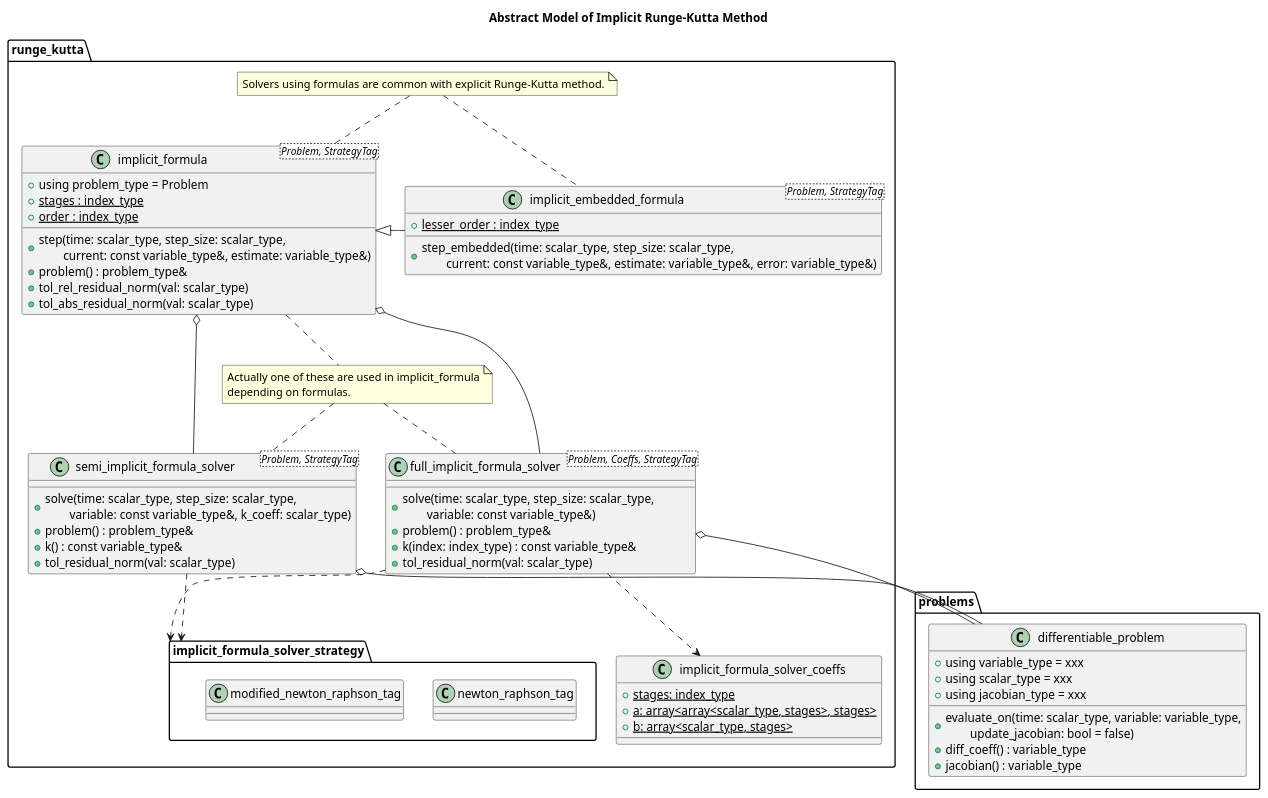
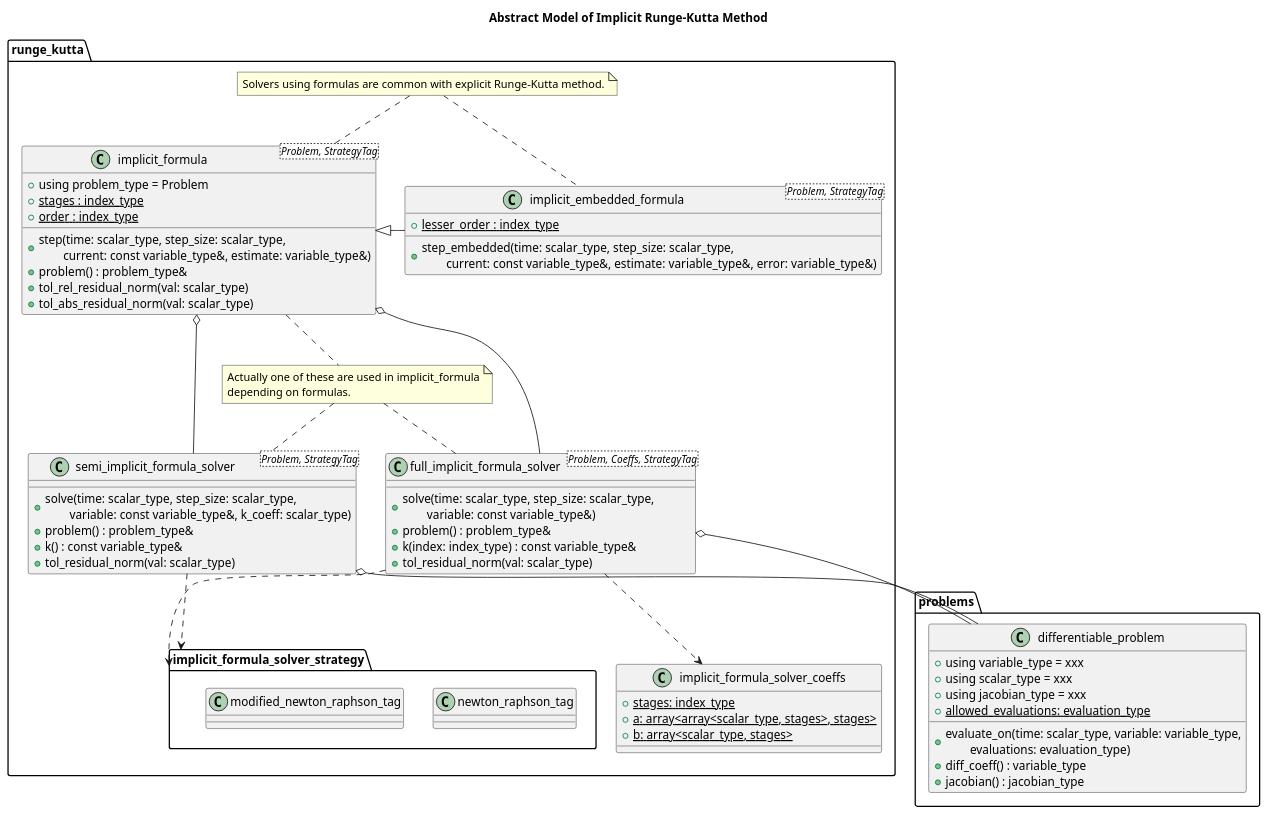
The second of 3 diagrams in doc/sphinx/src/basic_design/ode.rst (MusicScience37/numerical-collection-cpp), drawn with PlantUML before and after one commit. The commit also changed other lines of this file, not shown here.

```diff
--- a/doc/sphinx/src/basic_design/ode.rst
+++ b/doc/sphinx/src/basic_design/ode.rst
@@ -67,78 +77,79 @@
 .. uml::
 
     title Abstract Model of Implicit Runge-Kutta Method
 
     package problems {
         class differentiable_problem {
             + using variable_type = xxx
             + using scalar_type = xxx
             + using jacobian_type = xxx
-            + evaluate_on(time: scalar_type, variable: variable_type,\n\tupdate_jacobian: bool = false)
+            {static} + allowed_evaluations: evaluation_type
+            + evaluate_on(time: scalar_type, variable: variable_type,\n\tevaluations: evaluation_type)
             + diff_coeff() : variable_type
-            + jacobian() : variable_type
+            + jacobian() : jacobian_type
         }
     }
 
     package runge_kutta {
         package implicit_formula_solver_strategy {
             class newton_raphson_tag
             class modified_newton_raphson_tag
         }
 
         class semi_implicit_formula_solver<Problem, StrategyTag> {
             + solve(time: scalar_type, step_size: scalar_type,\n\tvariable: const variable_type&, k_coeff: scalar_type)
             + problem() : problem_type&
             + k() : const variable_type&
             + tol_residual_norm(val: scalar_type)
         }
         semi_implicit_formula_solver o-- differentiable_problem
         semi_implicit_formula_solver ..> implicit_formula_solver_strategy
 
         class implicit_formula_solver_coeffs {
             {static} + stages: index_type
             {static} + a: array<array<scalar_type, stages>, stages>
             {static} + b: array<scalar_type, stages>
         }
 
         class full_implicit_formula_solver<Problem, Coeffs, StrategyTag> {
             + solve(time: scalar_type, step_size: scalar_type,\n\tvariable: const variable_type&)
             + problem() : problem_type&
             + k(index: index_type) : const variable_type&
             + tol_residual_norm(val: scalar_type)
         }
         full_implicit_formula_solver o-- differentiable_problem
         full_implicit_formula_solver ..> implicit_formula_solver_coeffs
         full_implicit_formula_solver ..> implicit_formula_solver_strategy
 
         class implicit_formula<Problem, StrategyTag> {
             + using problem_type = Problem
             {static} + stages : index_type
             {static} + order : index_type
             + step(time: scalar_type, step_size: scalar_type,\n\tcurrent: const variable_type&, estimate: variable_type&)
             + problem() : problem_type&
             + tol_rel_residual_norm(val: scalar_type)
             + tol_abs_residual_norm(val: scalar_type)
         }
         implicit_formula o-- semi_implicit_formula_solver
         implicit_formula o-- full_implicit_formula_solver
 
         class implicit_embedded_formula<Problem, StrategyTag> {
             {static} + lesser_order : index_type
             + step_embedded(time: scalar_type, step_size: scalar_type,\n\tcurrent: const variable_type&, estimate: variable_type&, error: variable_type&)
         }
         implicit_formula <|- implicit_embedded_formula
 
         note as implicit_solver_note
             Solvers using formulas are common with explicit Runge-Kutta method.
         end note
         implicit_solver_note .. implicit_formula
         implicit_solver_note .. implicit_embedded_formula
 
         note as implicit_formula_solver_selection_note
             Actually one of these are used in implicit_formula
             depending on formulas.
         end note
         implicit_formula_solver_selection_note .. semi_implicit_formula_solver
         implicit_formula_solver_selection_note .. full_implicit_formula_solver
         implicit_formula_solver_selection_note .up. implicit_formula
     }
```
